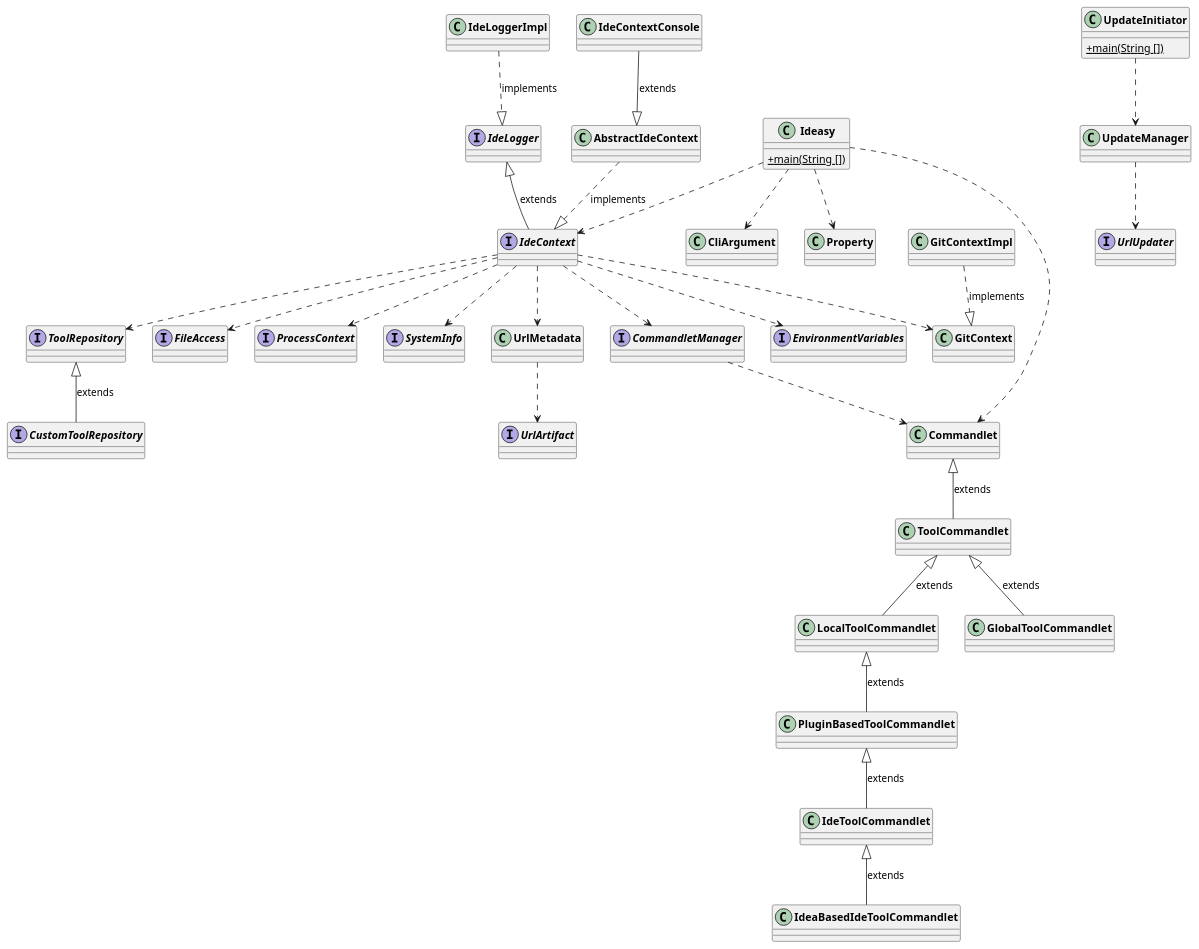
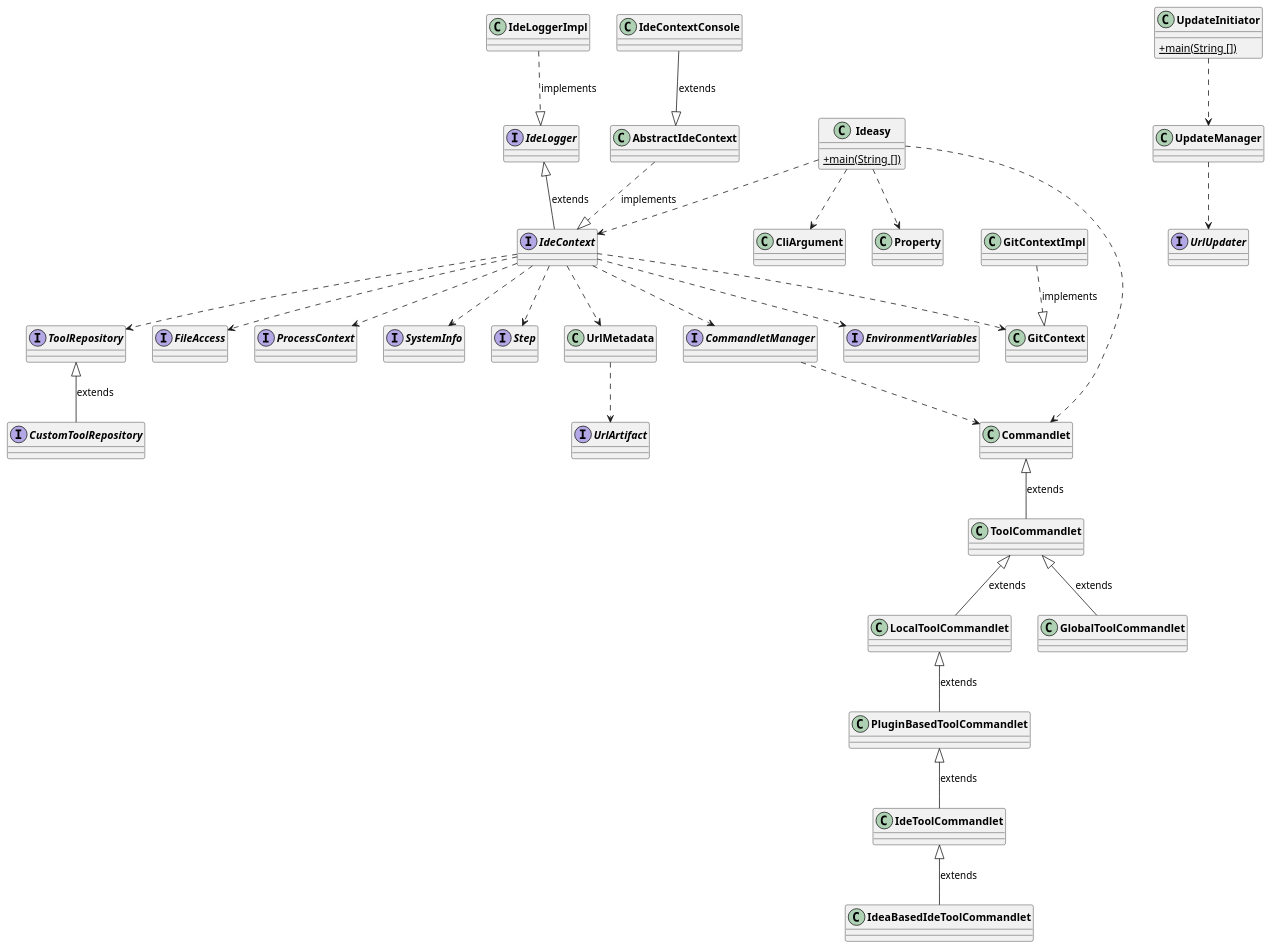
Before and after one commit to devonfw/IDEasy: the diagram in documentation/images/design.puml, drawn with PlantUML. The commit also changed 10 other files, not shown here.

```diff
--- a/documentation/images/design.puml
+++ b/documentation/images/design.puml
@@ -1,83 +1,85 @@
 @startuml
 skinparam classFontStyle bold
 skinparam classAttributeIconSize 0
 
 '''' Attributes and methods '''
 
 class Ideasy {
   {static} +main(String [])
 }
 
 class CliArgument
 class Property
 
 interface IdeLogger
 interface IdeContext
 
 interface CommandletManager
 interface EnvironmentVariables
 interface FileAccess
 interface ProcessContext
 interface SystemInfo
+interface Step
 
 interface ToolRepository
 interface CustomToolRepository
 
 class UrlMetadata
 interface UrlArtifact
 
 class Commandlet
 class ToolCommandlet
 class LocalToolCommandlet
 class GlobalToolCommandlet
 class PluginBasedToolCommandlet
 class IdeToolCommandlet
 class IdeaBasedIdeToolCommandlet
 
 class UpdateInitiator{
   {static} +main(String [])
 }
 
 class UpdateManager
 interface UrlUpdater
 
 
 '''' Relations '''
 
 Ideasy ..> CliArgument
 Ideasy ..> Property
 Ideasy ..> Commandlet
 Ideasy ..> IdeContext
 
 IdeLogger <|-- IdeContext : extends
 
 IdeContext ..> CommandletManager
 IdeContext ..> EnvironmentVariables
 IdeContext ..> FileAccess
 IdeContext ..> ProcessContext
 IdeContext ..> SystemInfo
+IdeContext ..> Step
 IdeContext ..> ToolRepository
 IdeContext ..> UrlMetadata
 IdeContext ..> GitContext
 UrlMetadata ..> UrlArtifact
 
 AbstractIdeContext ..|> IdeContext : implements
 IdeContextConsole --|> AbstractIdeContext : extends
 IdeLoggerImpl ..|> IdeLogger : implements
 
 GitContextImpl ..|> GitContext  : implements
 
 CommandletManager ..> Commandlet
 Commandlet <|-- ToolCommandlet : extends
 ToolCommandlet <|-- LocalToolCommandlet : extends
 ToolCommandlet <|-- GlobalToolCommandlet : extends
 LocalToolCommandlet <|-- PluginBasedToolCommandlet : extends
 PluginBasedToolCommandlet <|-- IdeToolCommandlet : extends
 IdeToolCommandlet <|-- IdeaBasedIdeToolCommandlet : extends
 
 ToolRepository <|-- CustomToolRepository : extends
 
 UpdateInitiator ..> UpdateManager
 UpdateManager ..> UrlUpdater
 
 @enduml
```
